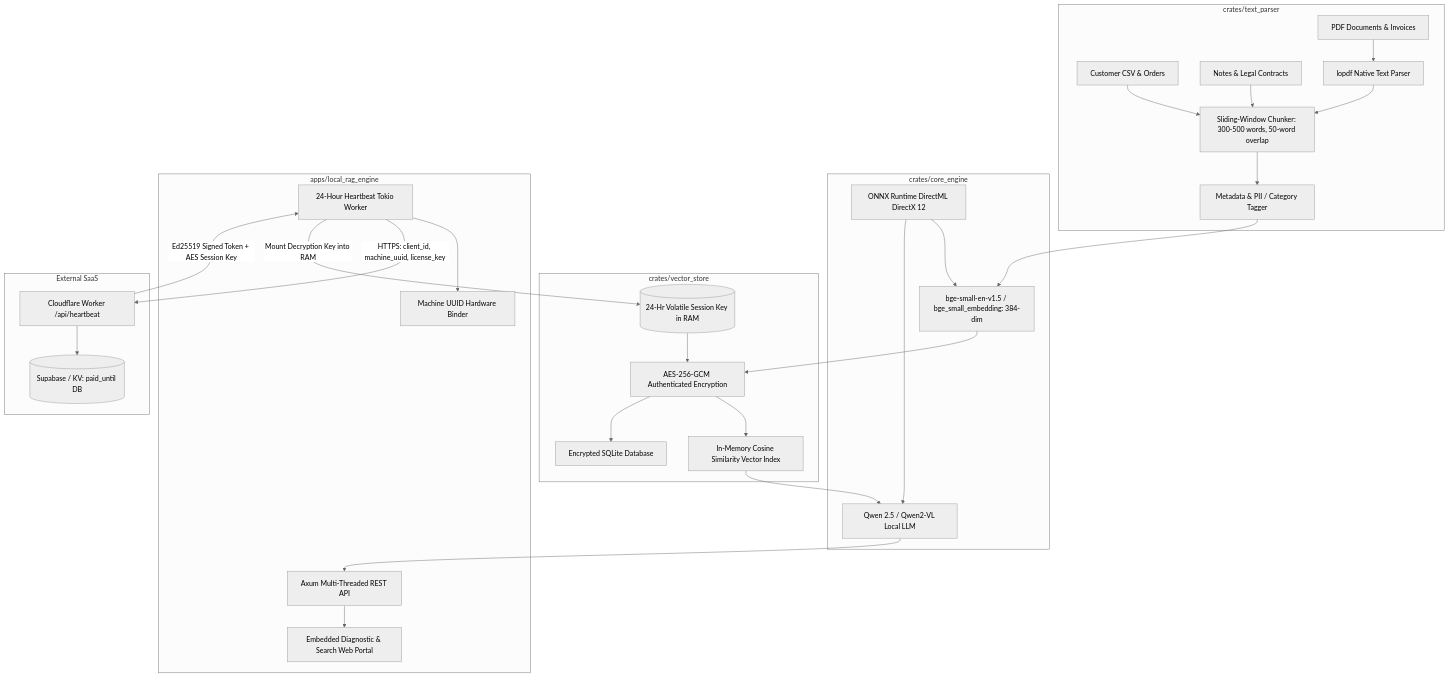
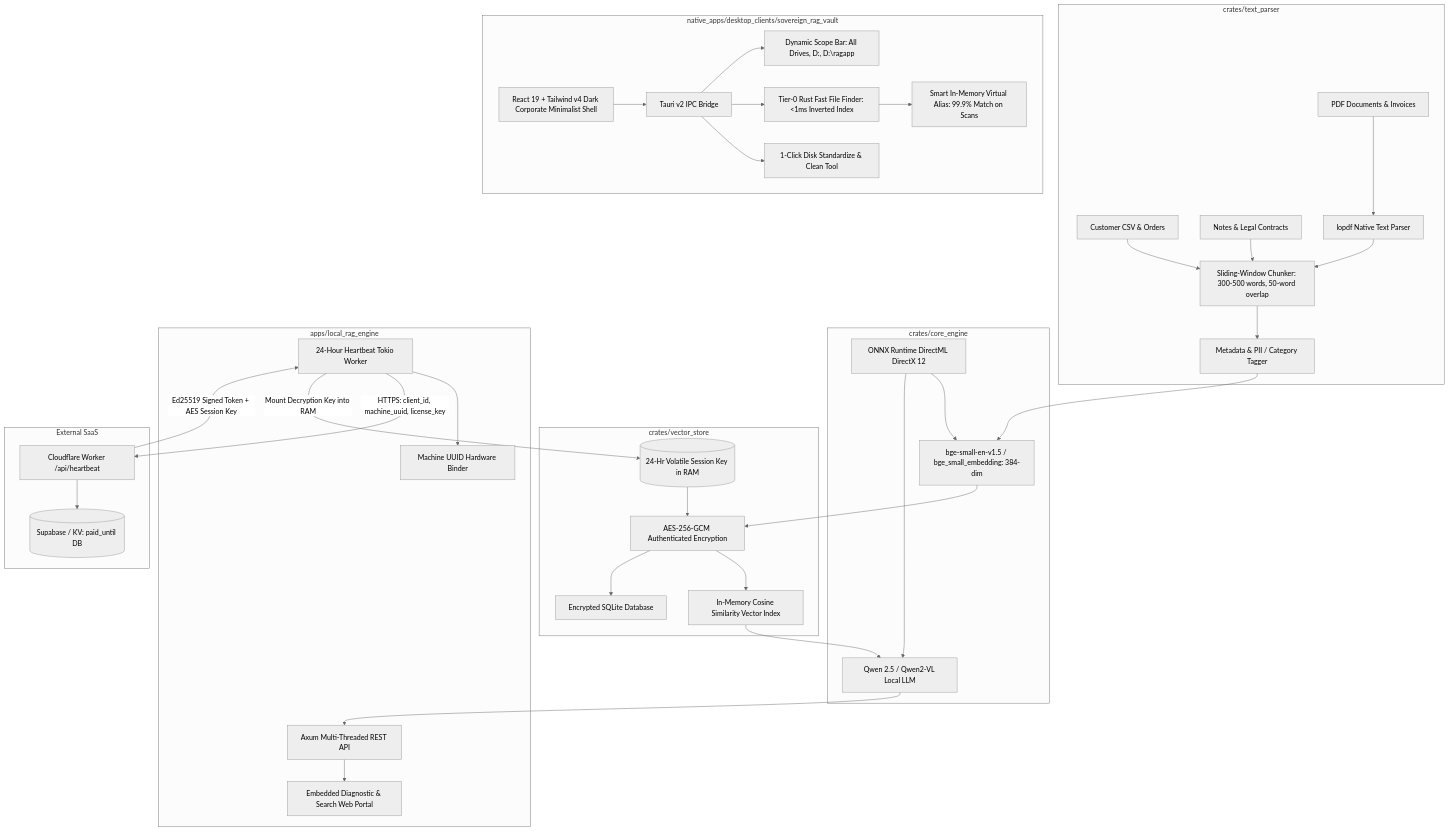
The first of 2 diagrams in apps/local_rag_engine/ARCHITECTURE.md (9907918672SUNDEEP30/voice-recorder-), drawn with Mermaid (neutral theme) before and after one commit. The commit also changed 15 other files, not shown here.

````diff
--- a/apps/local_rag_engine/ARCHITECTURE.md
+++ b/apps/local_rag_engine/ARCHITECTURE.md
@@ -10,56 +10,71 @@
 ```mermaid
 graph TD
     subgraph Layer 1: Ingestion Pipeline [crates/text_parser]
         PDF_IN[PDF Documents & Invoices]
         CSV_IN[Customer CSV & Orders]
         TXT_IN[Notes & Legal Contracts]
         LOPDF[lopdf Native Text Parser]
         SLIDING[Sliding-Window Chunker: 300-500 words, 50-word overlap]
         TAGGER[Metadata & PII / Category Tagger]
         PDF_IN --> LOPDF --> SLIDING
         CSV_IN --> SLIDING
         TXT_IN --> SLIDING
         SLIDING --> TAGGER
     end
 
     subgraph Layer 2: DirectML GPU AI [crates/core_engine]
         ORT_DML[ONNX Runtime DirectML DirectX 12]
         BGE[bge-small-en-v1.5 / bge_small_embedding: 384-dim]
         QWEN[Qwen 2.5 / Qwen2-VL Local LLM]
         TAGGER --> BGE
         ORT_DML --> BGE
         ORT_DML --> QWEN
     end
 
     subgraph Layer 3: Encrypted Vector Vault [crates/vector_store]
         AES[AES-256-GCM Authenticated Encryption]
         V_INDEX[In-Memory Cosine Similarity Vector Index]
         SQLITE[Encrypted SQLite Database]
         SESSION_RAM[(24-Hr Volatile Session Key in RAM)]
         BGE --> AES
         SESSION_RAM --> AES
         AES --> V_INDEX
         AES --> SQLITE
     end
 
     subgraph Layer 4: Application & DRM Guard [apps/local_rag_engine]
         AXUM[Axum Multi-Threaded REST API]
         WEB_UI[Embedded Diagnostic & Search Web Portal]
         DRM_WORKER[24-Hour Heartbeat Tokio Worker]
         HW_SEAL[Machine UUID Hardware Binder]
         AXUM --> WEB_UI
         DRM_WORKER --> HW_SEAL
     end
 
+    subgraph Layer 6: Sovereign Desktop Client [native_apps/desktop_clients/sovereign_rag_vault]
+        TAURI_IPC[Tauri v2 IPC Bridge]
+        SCOPE_BAR[Dynamic Scope Bar: All Drives, D:, D:\ragapp]
+        FAST_FINDER[Tier-0 Rust Fast File Finder: <1ms Inverted Index]
+        SMART_ALIAS[Smart In-Memory Virtual Alias: 99.9% Match on Scans]
+        ONE_CLICK_RENAME[1-Click Disk Standardize & Clean Tool]
+        REACT_UI[React 19 + Tailwind v4 Dark Corporate Minimalist Shell]
+        
+        REACT_UI --> TAURI_IPC
+        TAURI_IPC --> SCOPE_BAR
+        TAURI_IPC --> FAST_FINDER
+        FAST_FINDER --> SMART_ALIAS
+        TAURI_IPC --> ONE_CLICK_RENAME
+    end
+
     subgraph Layer 5: Cloudflare Licensing Cloud [External SaaS]
         CF_API[Cloudflare Worker /api/heartbeat]
         SUB_DB[(Supabase / KV: paid_until DB)]
         CF_API --> SUB_DB
     end
 
     DRM_WORKER -->|HTTPS: client_id, machine_uuid, license_key| CF_API
     CF_API -->|Ed25519 Signed Token + AES Session Key| DRM_WORKER
     DRM_WORKER -->|Mount Decryption Key into RAM| SESSION_RAM
     V_INDEX --> QWEN
     QWEN --> AXUM
 ```
````
